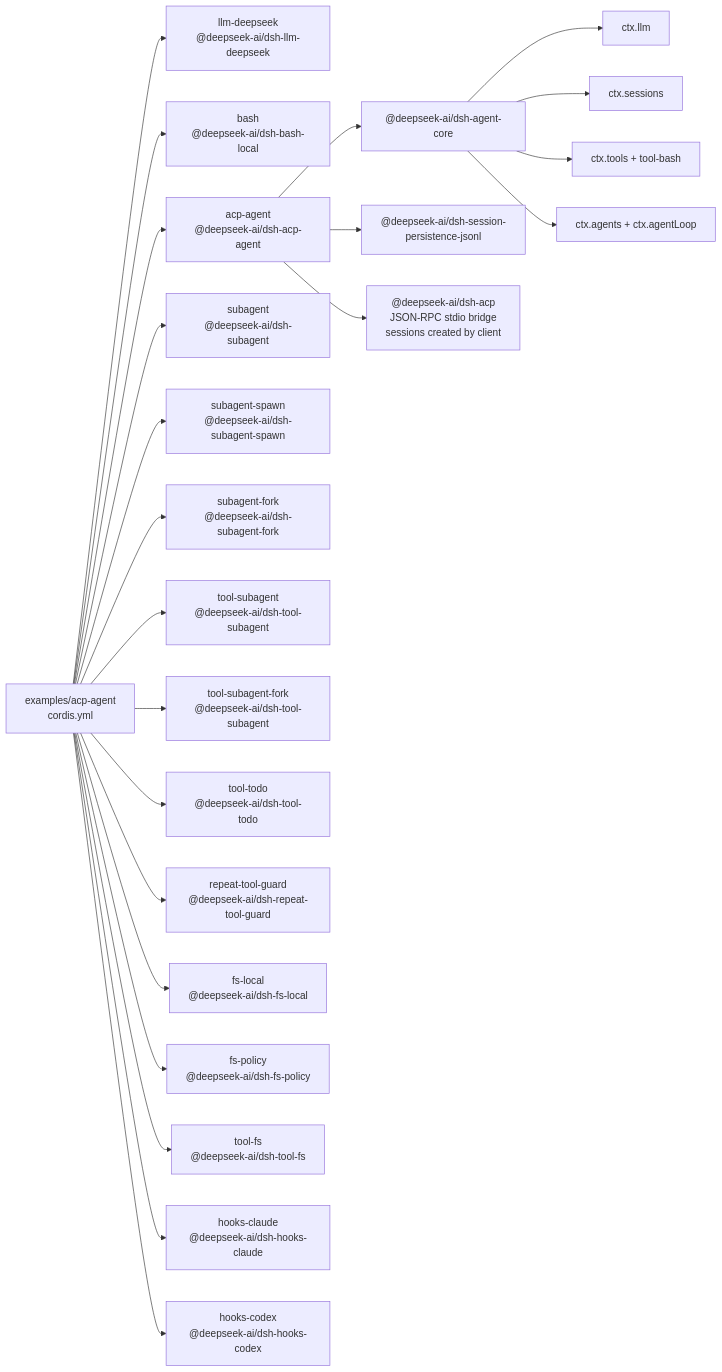
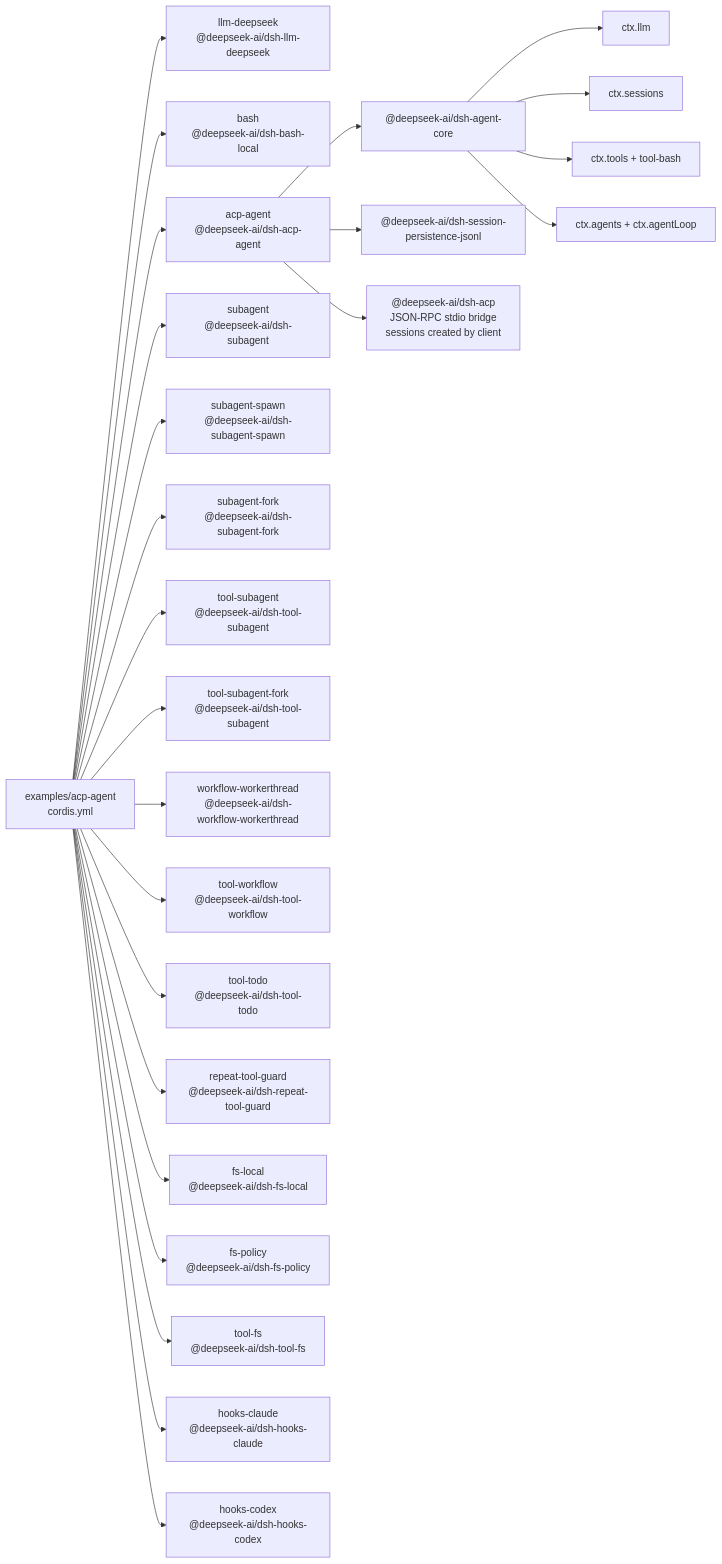
Before and after one commit to eru123/coco-harness: the diagram in examples/acp-agent/composition.md, drawn with Mermaid. The commit also changed other lines of this file and 132 other files, not shown here.

First line of the commit message:
Merge pull request #233 from deepseek-harness/workflow-vm-to-workerthread

````diff
--- a/examples/acp-agent/composition.md
+++ b/examples/acp-agent/composition.md
@@ -8,41 +8,45 @@
 ```mermaid
 flowchart LR
   cfg["examples/acp-agent<br/>cordis.yml"]
   plugin_acp_llm_deepseek["llm-deepseek<br/>@deepseek-ai/dsh-llm-deepseek"]
   cfg --> plugin_acp_llm_deepseek
   plugin_acp_bash["bash<br/>@deepseek-ai/dsh-bash-local"]
   cfg --> plugin_acp_bash
   plugin_acp_acp_agent["acp-agent<br/>@deepseek-ai/dsh-acp-agent"]
   cfg --> plugin_acp_acp_agent
   plugin_acp_acp_agent --> bundle_agent_core["@deepseek-ai/dsh-agent-core"]
   plugin_acp_acp_agent --> bundle_jsonl["@deepseek-ai/dsh-session-persistence-jsonl"]
   plugin_acp_acp_agent --> frontdoor_acp["@deepseek-ai/dsh-acp<br/>JSON-RPC stdio bridge<br/>sessions created by client"]
   bundle_agent_core --> spine_llm["ctx.llm"]
   bundle_agent_core --> spine_sessions["ctx.sessions"]
   bundle_agent_core --> spine_tools["ctx.tools + tool-bash"]
   bundle_agent_core --> spine_loop["ctx.agents + ctx.agentLoop"]
   plugin_acp_subagent["subagent<br/>@deepseek-ai/dsh-subagent"]
   cfg --> plugin_acp_subagent
   plugin_acp_subagent_spawn["subagent-spawn<br/>@deepseek-ai/dsh-subagent-spawn"]
   cfg --> plugin_acp_subagent_spawn
   plugin_acp_subagent_fork["subagent-fork<br/>@deepseek-ai/dsh-subagent-fork"]
   cfg --> plugin_acp_subagent_fork
   plugin_acp_tool_subagent["tool-subagent<br/>@deepseek-ai/dsh-tool-subagent"]
   cfg --> plugin_acp_tool_subagent
   plugin_acp_tool_subagent_fork["tool-subagent-fork<br/>@deepseek-ai/dsh-tool-subagent"]
   cfg --> plugin_acp_tool_subagent_fork
+  plugin_acp_workflow_workerthread["workflow-workerthread<br/>@deepseek-ai/dsh-workflow-workerthread"]
+  cfg --> plugin_acp_workflow_workerthread
+  plugin_acp_tool_workflow["tool-workflow<br/>@deepseek-ai/dsh-tool-workflow"]
+  cfg --> plugin_acp_tool_workflow
   plugin_acp_tool_todo["tool-todo<br/>@deepseek-ai/dsh-tool-todo"]
   cfg --> plugin_acp_tool_todo
   plugin_acp_repeat_tool_guard["repeat-tool-guard<br/>@deepseek-ai/dsh-repeat-tool-guard"]
   cfg --> plugin_acp_repeat_tool_guard
   plugin_acp_fs_local["fs-local<br/>@deepseek-ai/dsh-fs-local"]
   cfg --> plugin_acp_fs_local
   plugin_acp_fs_policy["fs-policy<br/>@deepseek-ai/dsh-fs-policy"]
   cfg --> plugin_acp_fs_policy
   plugin_acp_tool_fs["tool-fs<br/>@deepseek-ai/dsh-tool-fs"]
   cfg --> plugin_acp_tool_fs
   plugin_acp_hooks_claude["hooks-claude<br/>@deepseek-ai/dsh-hooks-claude"]
   cfg --> plugin_acp_hooks_claude
   plugin_acp_hooks_codex["hooks-codex<br/>@deepseek-ai/dsh-hooks-codex"]
   cfg --> plugin_acp_hooks_codex
 ```
````
